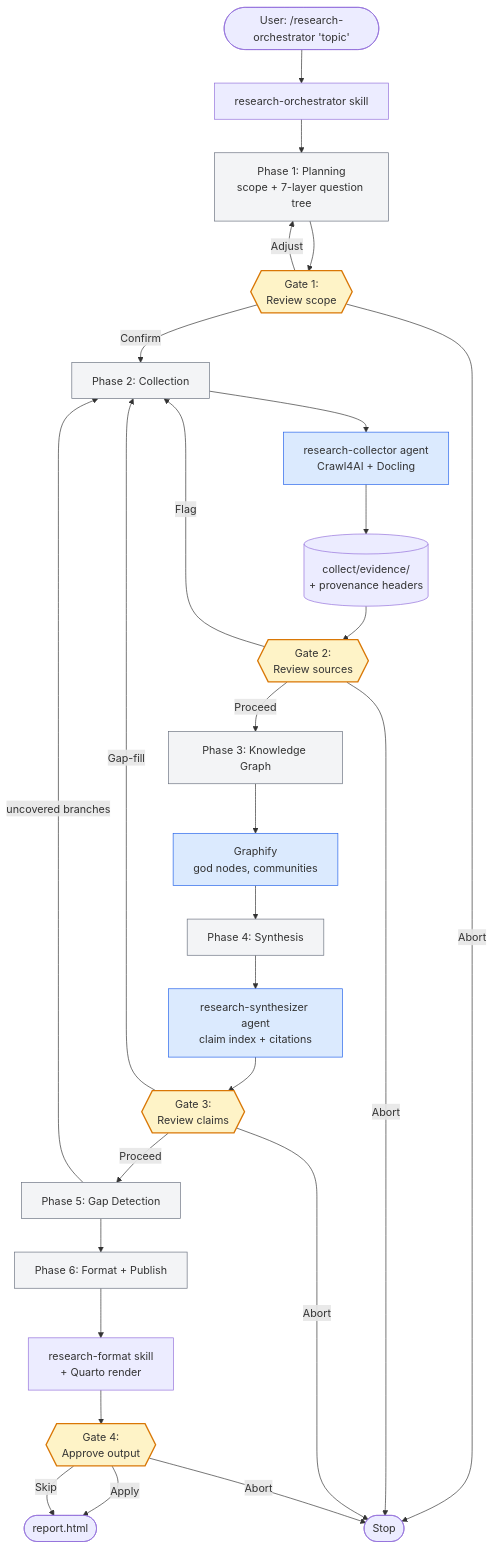
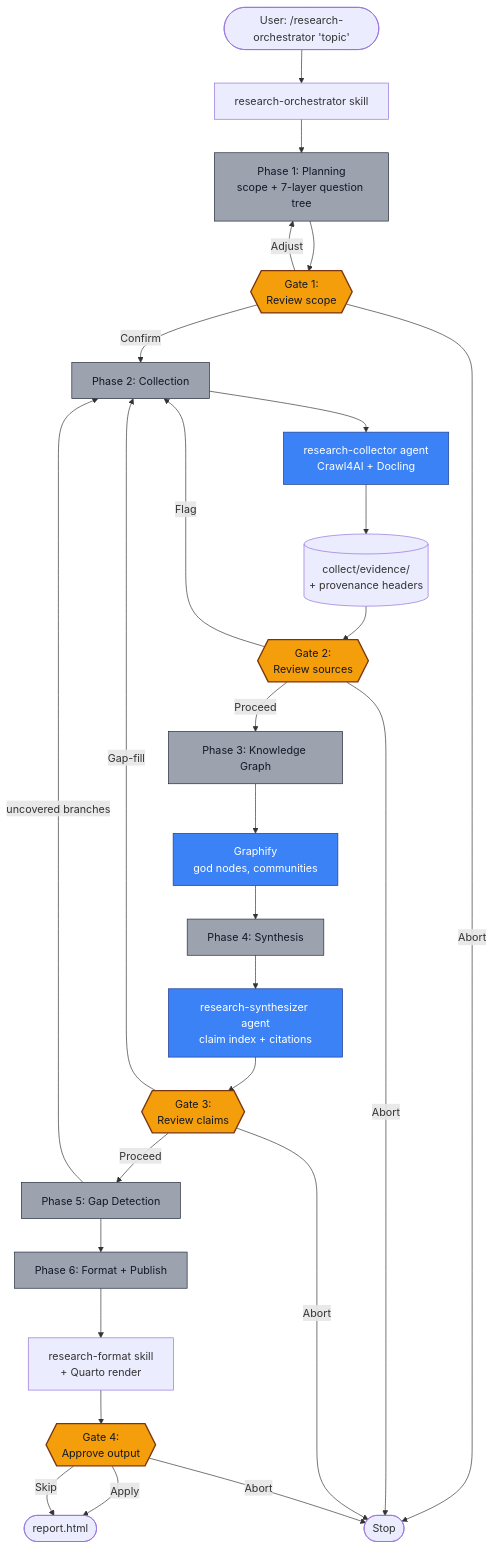
One commit to TorpedoD/claude-researcher changed the diagram in README.md. Above: the diagram before and after it, drawn with Mermaid. The commit also changed other lines of this file, not shown here.

````diff
--- a/README.md
+++ b/README.md
@@ -114,42 +120,42 @@
 ```mermaid
 flowchart TD
     User([User: /research-orchestrator 'topic']) --> Orch[research-orchestrator skill]
 
     Orch --> P1[Phase 1: Planning<br/>scope + 7-layer question tree]
     P1 --> G1{{Gate 1:<br/>Review scope}}
     G1 -->|Confirm| P2
     G1 -->|Adjust| P1
     G1 -->|Abort| Stop([Stop])
 
     P2[Phase 2: Collection] --> Collector[research-collector agent<br/>Crawl4AI + Docling]
     Collector --> Evidence[(collect/evidence/<br/>+ provenance headers)]
     Evidence --> G2{{Gate 2:<br/>Review sources}}
     G2 -->|Proceed| P3
     G2 -->|Flag| P2
     G2 -->|Abort| Stop
 
     P3[Phase 3: Knowledge Graph] --> Graphify[Graphify<br/>god nodes, communities]
     Graphify --> P4
 
     P4[Phase 4: Synthesis] --> Synth[research-synthesizer agent<br/>claim index + citations]
     Synth --> G3{{Gate 3:<br/>Review claims}}
     G3 -->|Proceed| P5
     G3 -->|Gap-fill| P2
     G3 -->|Abort| Stop
 
     P5[Phase 5: Gap Detection] -->|uncovered branches| P2
     P5 --> P6
 
     P6[Phase 6: Format + Publish] --> Format[research-format skill<br/>+ Quarto render]
     Format --> G4{{Gate 4:<br/>Approve output}}
     G4 -->|Apply| Done([report.html])
     G4 -->|Skip| Done
     G4 -->|Abort| Stop
 
-    classDef gate fill:#fef3c7,stroke:#d97706,stroke-width:2px
-    classDef agent fill:#dbeafe,stroke:#2563eb
-    classDef phase fill:#f3f4f6,stroke:#6b7280
+    classDef gate fill:#f59e0b,stroke:#78350f,stroke-width:2px,color:#111827
+    classDef agent fill:#3b82f6,stroke:#1e3a8a,stroke-width:1px,color:#ffffff
+    classDef phase fill:#9ca3af,stroke:#1f2937,stroke-width:1px,color:#111827
     class G1,G2,G3,G4 gate
     class Collector,Synth,Graphify agent
     class P1,P2,P3,P4,P5,P6 phase
 ```
````
